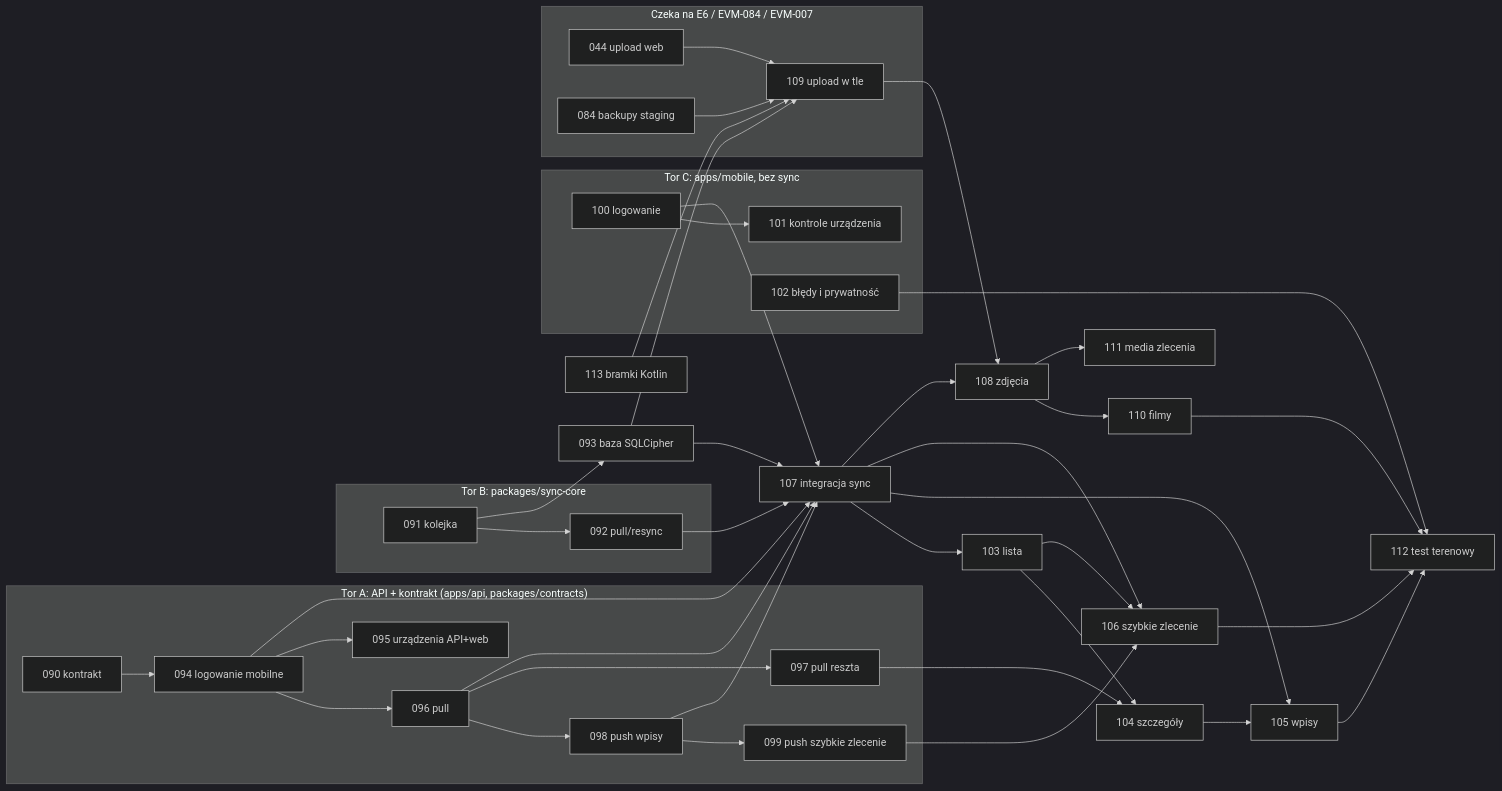
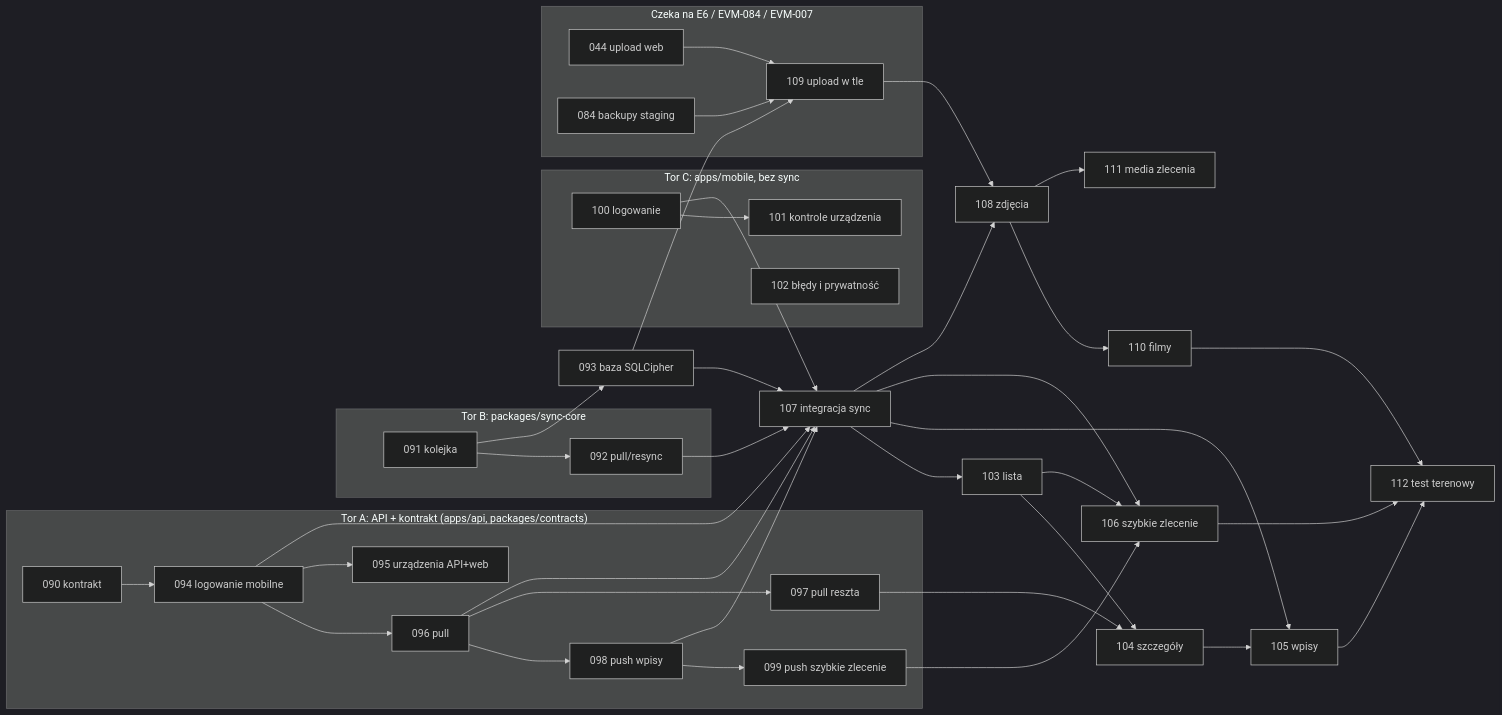
The diagram in docs/backlog/M2/README.md (konradkluz/evia-manager), drawn with Mermaid (dark theme) before and after one commit. The commit also changed other lines of this file and 92 other files, not shown here.

````diff
--- a/docs/backlog/M2/README.md
+++ b/docs/backlog/M2/README.md
@@ -56,34 +57,33 @@
 ```mermaid
 flowchart LR
   subgraph A["Tor A: API + kontrakt (apps/api, packages/contracts)"]
     E090[090 kontrakt] --> E094[094 logowanie mobilne]
     E094 --> E096[096 pull]
     E096 --> E098[098 push wpisy]
     E094 --> E095[095 urządzenia API+web]
     E096 --> E097[097 pull reszta]
     E098 --> E099[099 push szybkie zlecenie]
   end
   subgraph B["Tor B: packages/sync-core"]
     E091[091 kolejka] --> E092[092 pull/resync]
   end
   subgraph C["Tor C: apps/mobile, bez sync"]
     E100[100 logowanie] --> E101[101 kontrole urządzenia]
     E102[102 błędy i prywatność]
   end
   E091 --> E093[093 baza SQLCipher]
   E092 & E093 & E094 & E096 & E098 & E100 --> E107[107 integracja sync]
   E107 --> E103[103 lista] --> E104[104 szczegóły]
   E097 --> E104
   E104 & E107 --> E105[105 wpisy]
   E099 & E103 & E107 --> E106[106 szybkie zlecenie]
   subgraph E6["Czeka na E6 / EVM-084 / EVM-007"]
     E044[044 upload web] --> E109[109 upload w tle]
     E084[084 backupy staging] --> E109
   end
   E093 --> E109
-  E113[113 bramki Kotlin] --> E109
   E107 & E109 --> E108[108 zdjęcia]
   E108 --> E110[110 filmy] --> E112[112 test terenowy]
   E108 --> E111[111 media zlecenia]
-  E105 & E106 & E102 --> E112
+  E105 & E106 --> E112
 ```
````
